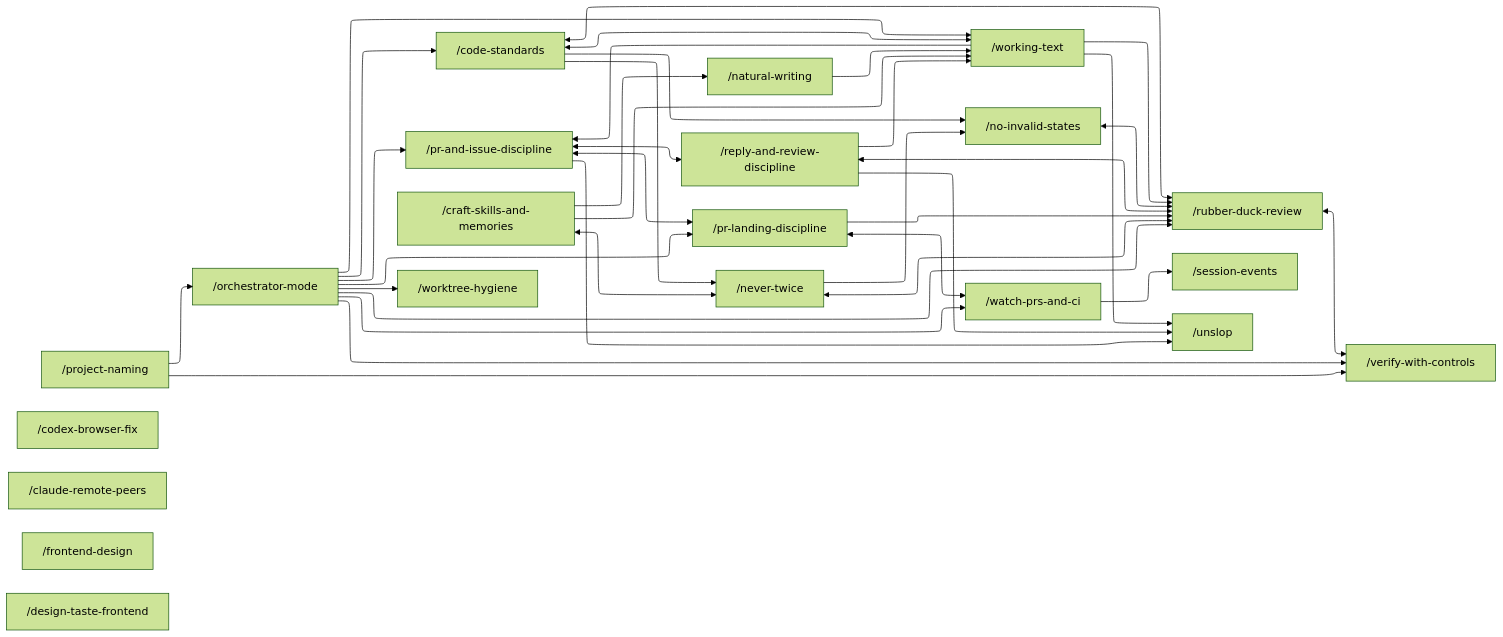
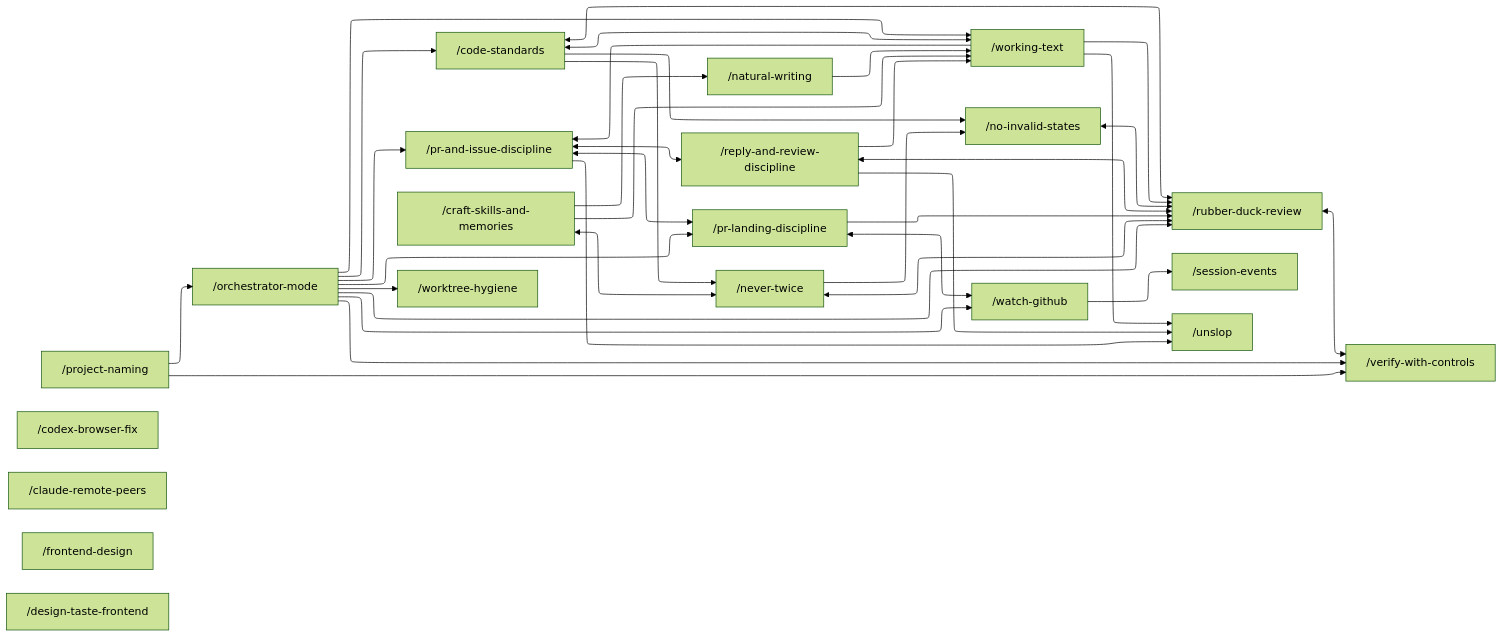
Before and after one commit to Vivswan/skills: the diagram in README.md, drawn with Mermaid (forest theme). The commit also changed other lines of this file and 34 other files, not shown here.

```diff
--- a/README.md
+++ b/README.md
@@ -71,7 +71,7 @@
   nt["/never-twice"]
   vwc["/verify-with-controls"]
   csm["/craft-skills-and-memories"]
-  wpc["/watch-prs-and-ci"]
+  wgh["/watch-github"]
   se["/session-events"]
   wh["/worktree-hygiene"]
   us["/unslop"]
@@ -87,7 +87,7 @@
   nt <--> rdr
   pid <--> pld
   pid <--> rrd
-  pld <--> wpc
+  pld <--> wgh
   rdr <--> rrd
   rdr <--> vwc
 
@@ -95,8 +95,8 @@
   wt --> pid
   nw --> wt
   om --> rdr
-  om --> wpc
-  wpc --> se
+  om --> wgh
+  wgh --> se
   om --> cs
   om --> pid
   om --> pld
@@ -129,7 +129,7 @@
   click nt "./skills/never-twice/SKILL.md"
   click vwc "./skills/verify-with-controls/SKILL.md"
   click csm "./skills/craft-skills-and-memories/SKILL.md"
-  click wpc "./skills/watch-prs-and-ci/SKILL.md"
+  click wgh "./skills/watch-github/SKILL.md"
   click se "./skills/session-events/SKILL.md"
   click wh "./skills/worktree-hygiene/SKILL.md"
   click us "./xeno/unslop/SKILL.md"
```
